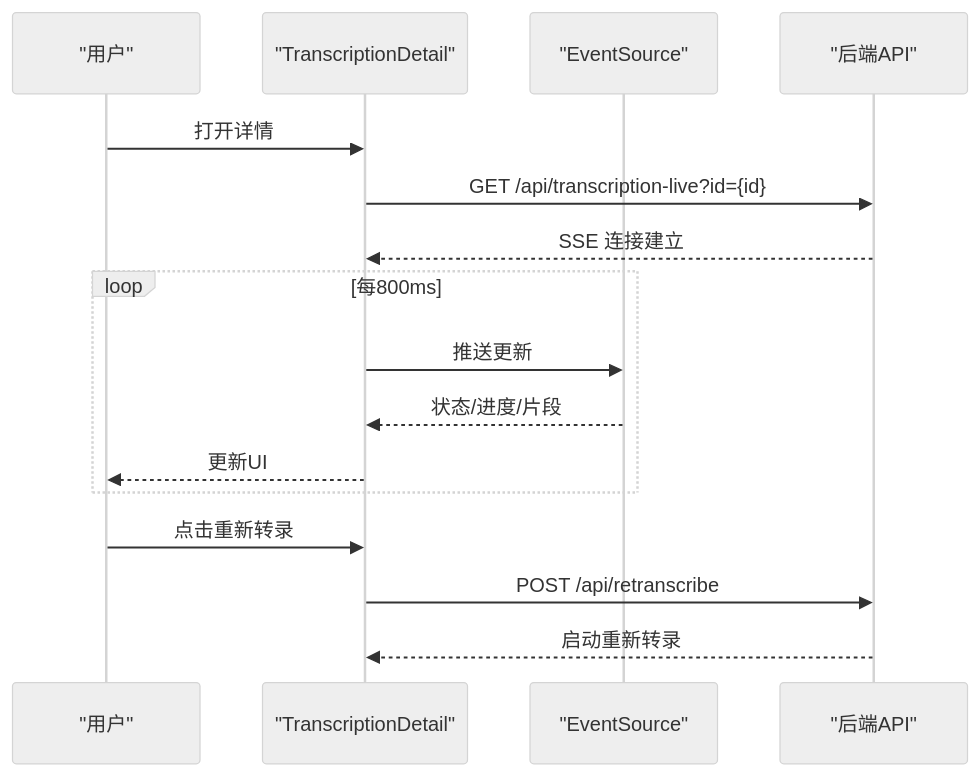
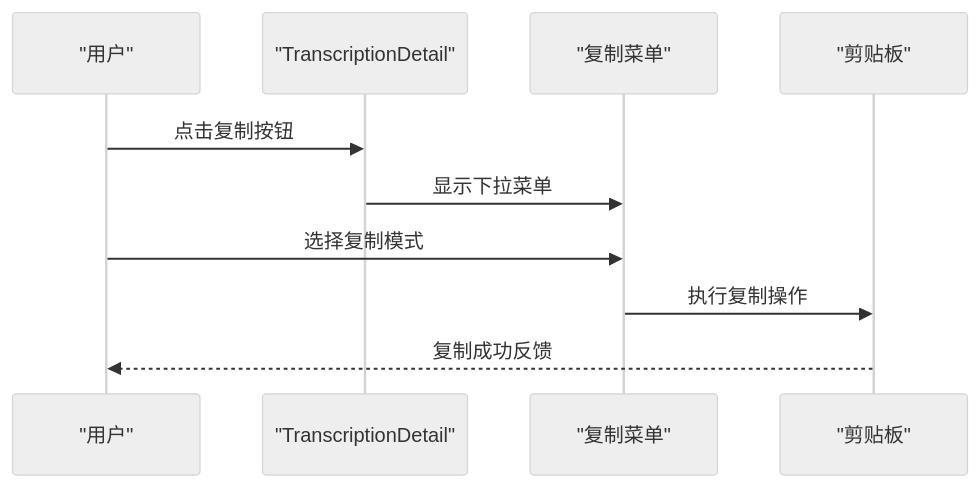
Diagram 12 of 17 in .qoder/repowiki/zh/content/UI 组件系统/UI 组件系统.md (clawbotai/memo-flow), drawn with Mermaid (neutral theme) before and after one commit. The commit also changed other lines of this file and 5 other files, not shown here.

````diff
--- a/.qoder/repowiki/zh/content/UI 组件系统/UI 组件系统.md
+++ b/.qoder/repowiki/zh/content/UI 组件系统/UI 组件系统.md
@@ -650,18 +657,12 @@
 ```mermaid
 sequenceDiagram
 participant U as "用户"
 participant TD as "TranscriptionDetail"
-participant SSE as "EventSource"
-participant API as "后端API"
-U->>TD : 打开详情
-TD->>API : GET /api/transcription-live?id={id}
-API-->>TD : SSE 连接建立
-loop 每800ms
-TD->>SSE : 推送更新
-SSE-->>TD : 状态/进度/片段
-TD-->>U : 更新UI
-end
-U->>TD : 点击重新转录
-TD->>API : POST /api/retranscribe
-API-->>TD : 启动重新转录
+participant Menu as "复制菜单"
+participant Clipboard as "剪贴板"
+U->>TD : 点击复制按钮
+TD->>Menu : 显示下拉菜单
+U->>Menu : 选择复制模式
+Menu->>Clipboard : 执行复制操作
+Clipboard-->>U : 复制成功反馈
 ```
````
